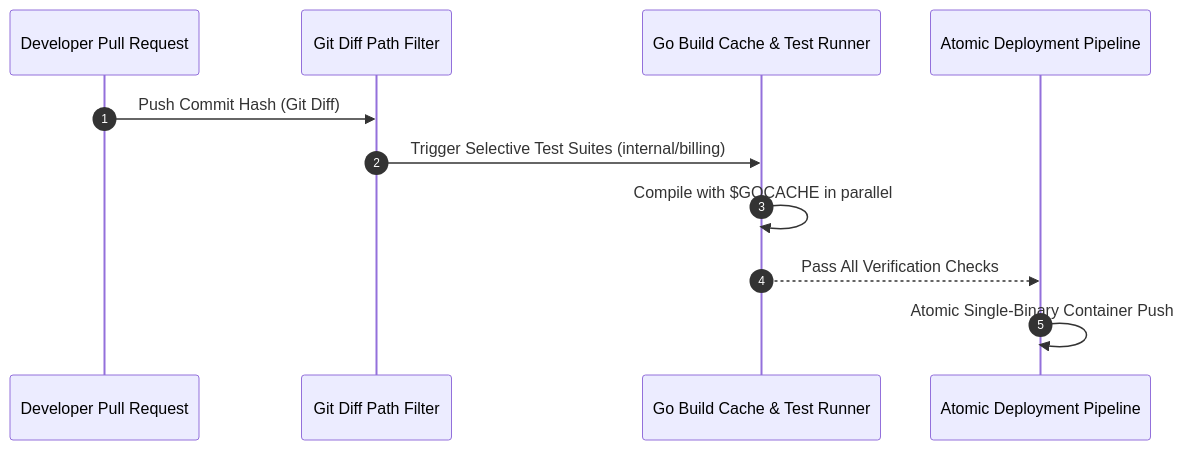
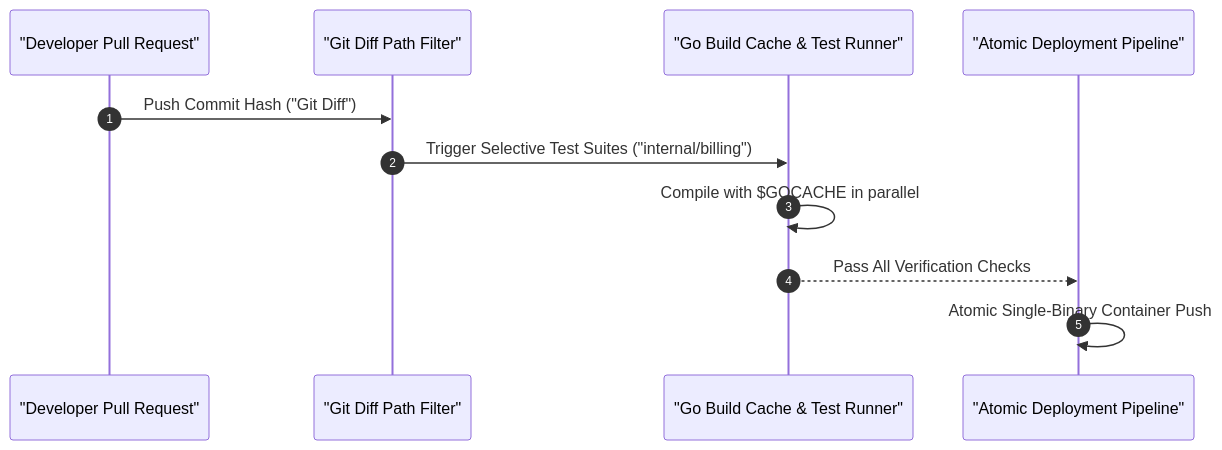
Before and after one commit to vesviet/vesviet: the diagram in content/series/modular-monolith-architecture/part-4-cicd-simplified.md, drawn with Mermaid. The commit also changed other lines of this file and 331 other files, not shown here.

````diff
--- a/content/series/modular-monolith-architecture/part-4-cicd-simplified.md
+++ b/content/series/modular-monolith-architecture/part-4-cicd-simplified.md
@@ -41,14 +43,14 @@
 ```mermaid
 sequenceDiagram
     autonumber
-    participant Dev as Developer Pull Request
-    participant Filter as Git Diff Path Filter
-    participant GoBuild as Go Build Cache & Test Runner
-    participant Deploy as Atomic Deployment Pipeline
+    participant Dev as "Developer Pull Request"
+    participant Filter as "Git Diff Path Filter"
+    participant GoBuild as "Go Build Cache & Test Runner"
+    participant Deploy as "Atomic Deployment Pipeline"
     
-    Dev->>Filter: Push Commit Hash (Git Diff)
-    Filter->>GoBuild: Trigger Selective Test Suites (internal/billing)
+    Dev->>Filter: Push Commit Hash ("Git Diff")
+    Filter->>GoBuild: Trigger Selective Test Suites ("internal/billing")
     GoBuild->>GoBuild: Compile with $GOCACHE in parallel
     GoBuild-->>Deploy: Pass All Verification Checks
     Deploy->>Deploy: Atomic Single-Binary Container Push
 ```
````
